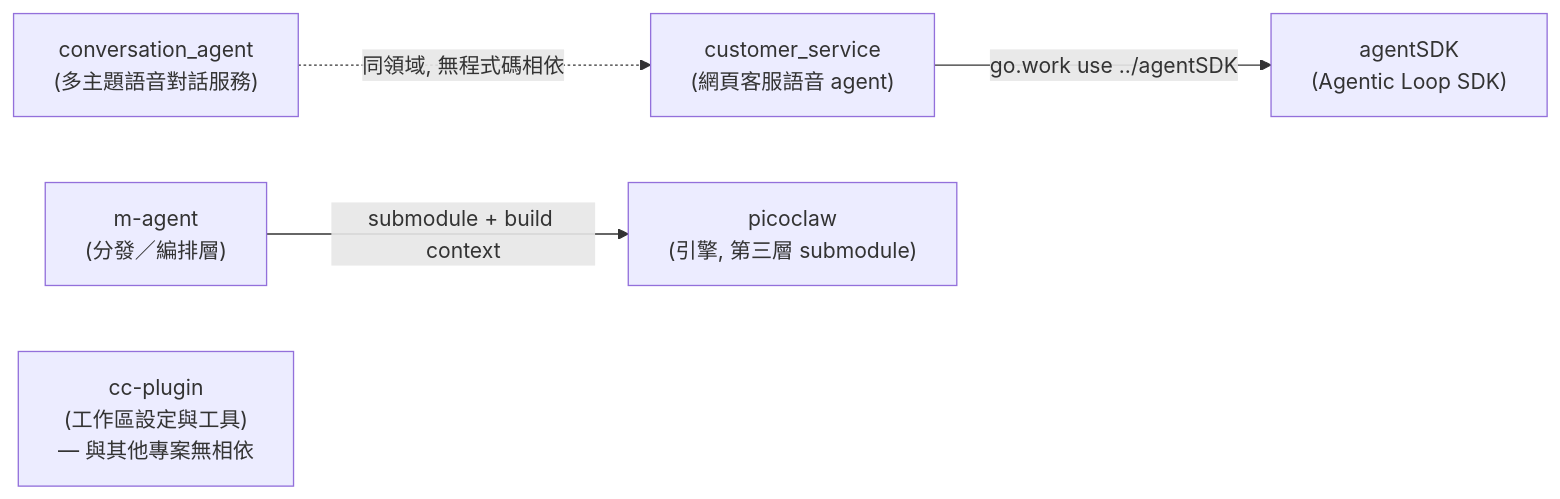
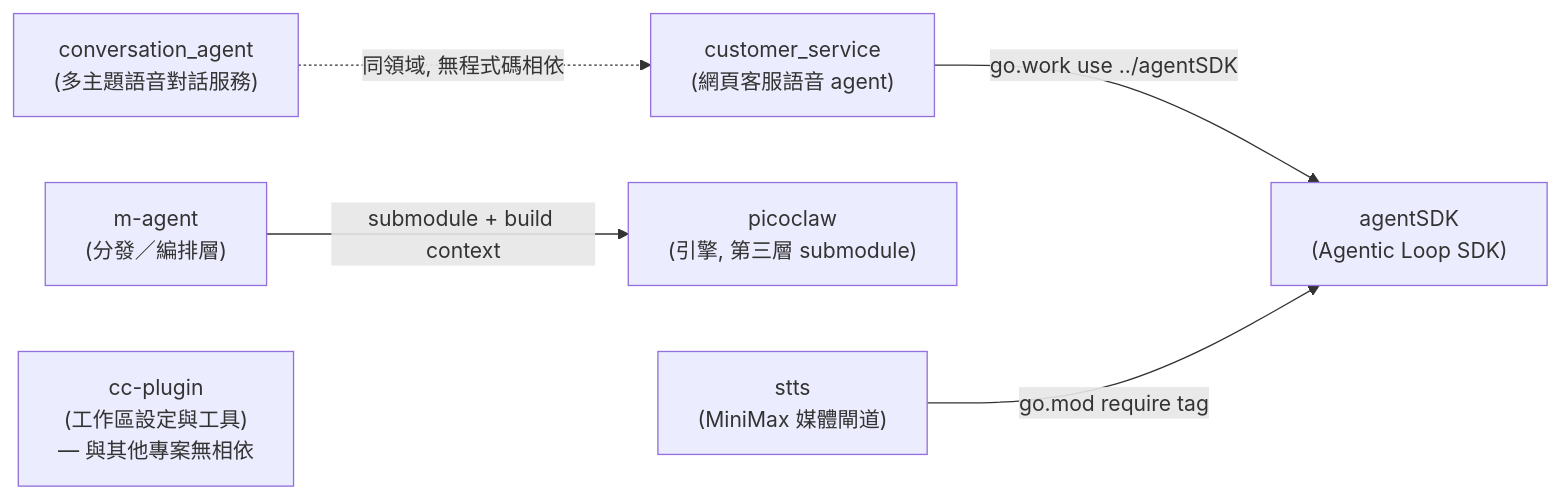
One commit to BizShuk/ai changed the diagram in README.md. Above: the diagram before and after it, drawn with Mermaid. The commit also changed other lines of this file and 2 other files, not shown here.

First line of the commit message:
chore: add stts submodule (MiniMax media gateway)

````diff
--- a/README.md
+++ b/README.md
@@ -26,13 +28,15 @@
 ```mermaid
 flowchart LR
     SDK["agentSDK<br/>(Agentic Loop SDK)"]
     CS["customer_service<br/>(網頁客服語音 agent)"]
     CA["conversation_agent<br/>(多主題語音對話服務)"]
     MA["m-agent<br/>(分發／編排層)"]
     PC["picoclaw<br/>(引擎, 第三層 submodule)"]
+    ST["stts<br/>(MiniMax 媒體閘道)"]
     CC["cc-plugin<br/>(工作區設定與工具)<br/>— 與其他專案無相依"]
 
     CS -->|"go.work use ../agentSDK"| SDK
+    ST -->|"go.mod require tag"| SDK
     MA -->|"submodule + build context"| PC
     CA -.->|"同領域, 無程式碼相依"| CS
 ```
````
